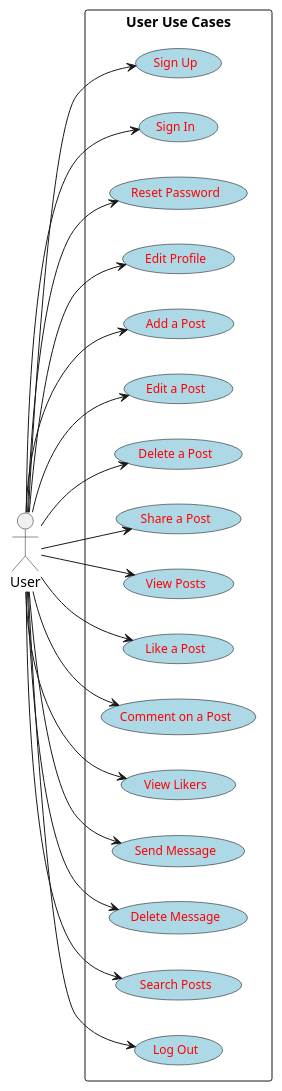
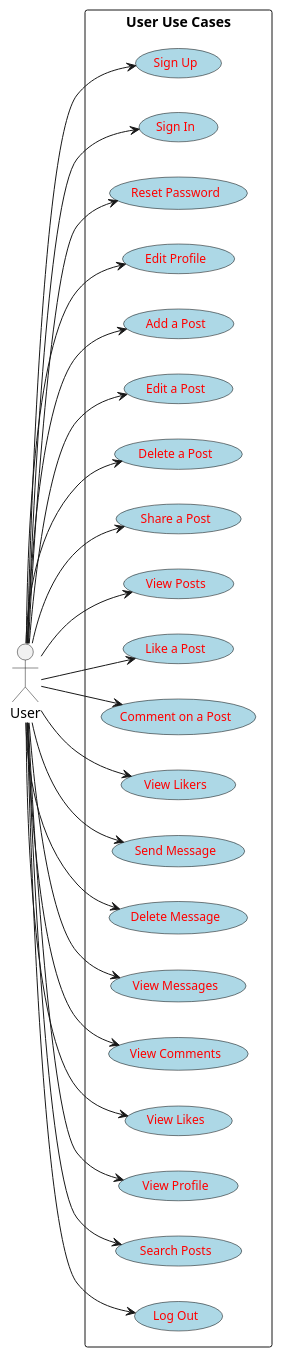
Before and after one commit to AndreeaDraghici/Android-Social-Media-Platform: the diagram in app/sampledata/use_case_user_diagram.puml, drawn with PlantUML. The commit also changed 8 other files, not shown here.

Commit message:
updated and added diagrams

```diff
--- a/app/sampledata/use_case_user_diagram.puml
+++ b/app/sampledata/use_case_user_diagram.puml
@@ -1,47 +1,56 @@
 @startuml
 left to right direction
 skinparam usecase {
    BackgroundColor LightBlue
    FontSize 12
    BorderColor Black
    FontColor Red
 }
 
 actor User
 
 rectangle "User Use Cases" {
   usecase "Sign Up"                as UC1
   usecase "Sign In"                as UC2
   usecase "Reset Password"         as UC16
   usecase "Edit Profile"           as UC3
   usecase "Add a Post"             as UC5
   usecase "Edit a Post"            as UC17
   usecase "Delete a Post"          as UC6
   usecase "Share a Post"           as UC7
   usecase "View Posts"             as UC9
   usecase "Like a Post"            as UC10
   usecase "Comment on a Post"      as UC11
   usecase "View Likers"            as UC18
   usecase "Send Message"           as UC19
   usecase "Delete Message"         as UC20
+  usecase "View Messages"          as UC4
+  usecase "View Comments"          as UC8
+  usecase "View Likes"             as UC12
+  usecase "View Profile"           as UC13
   usecase "Search Posts"           as UC14
   usecase "Log Out"                as UC15
 }
 
 User --> UC1
 User --> UC2
 User --> UC16
 User --> UC3
 User --> UC5
 User --> UC17
 User --> UC6
 User --> UC7
 User --> UC9
 User --> UC10
 User --> UC11
 User --> UC18
 User --> UC19
 User --> UC20
 User --> UC14
 User --> UC15
+User --> UC4
+User --> UC8
+User --> UC12
+User --> UC13
+
 @enduml
```
